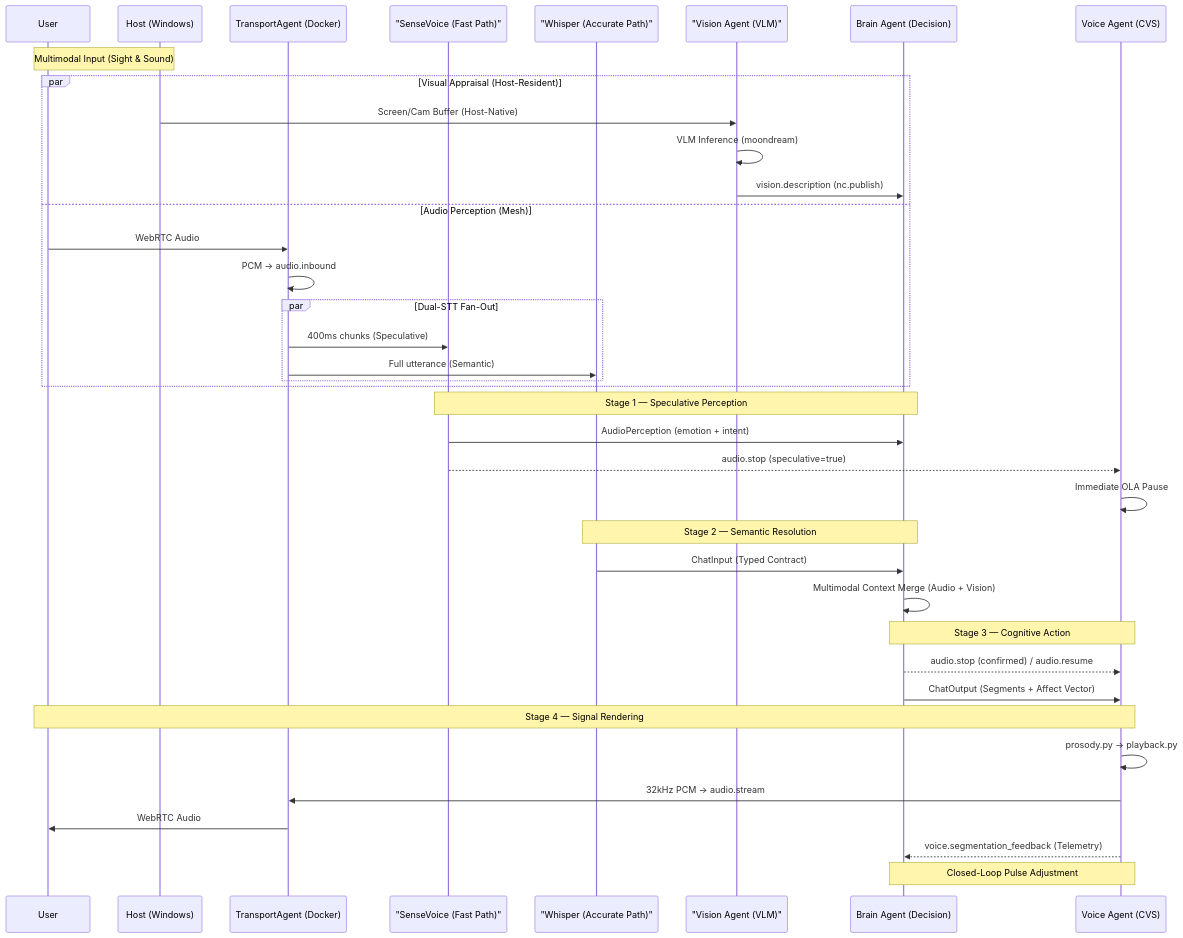
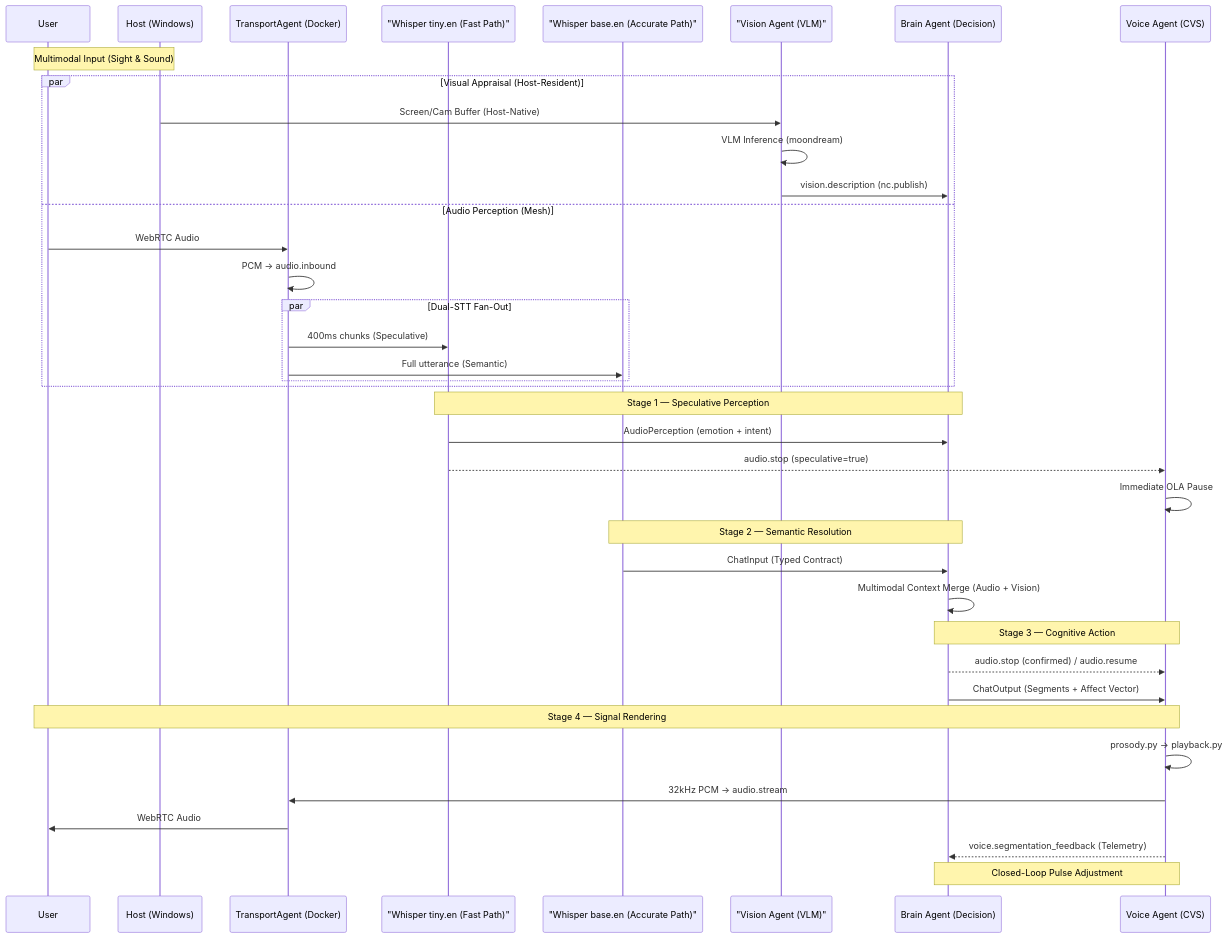
Before and after one commit to Aniket-a14/AI_friend: the second of 2 diagrams in README.md, drawn with Mermaid. The commit also changed other lines of this file and 8 other files, not shown here.

````diff
--- a/README.md
+++ b/README.md
@@ -151,45 +154,45 @@
 ```mermaid
 sequenceDiagram
     participant U as User
     participant H as Host (Windows)
     participant T as TransportAgent (Docker)
-    participant SV as "SenseVoice (Fast Path)"
-    participant W as "Whisper (Accurate Path)"
+    participant SV as "Whisper tiny.en (Fast Path)"
+    participant W as "Whisper base.en (Accurate Path)"
     participant VA as "Vision Agent (VLM)"
     participant B as Brain Agent (Decision)
     participant V as Voice Agent (CVS)
 
     Note over U, H: Multimodal Input (Sight & Sound)
     par Visual Appraisal (Host-Resident)
         H->>VA: Screen/Cam Buffer (Host-Native)
         VA->>VA: VLM Inference (moondream)
         VA->>B: vision.description (nc.publish)
     and Audio Perception (Mesh)
         U->>T: WebRTC Audio
         T->>T: PCM → audio.inbound
         par Dual-STT Fan-Out
             T->>SV: 400ms chunks (Speculative)
             T->>W: Full utterance (Semantic)
         end
     end
 
     Note over SV, B: Stage 1 — Speculative Perception
     SV->>B: AudioPerception (emotion + intent)
     SV-->>V: audio.stop (speculative=true)
     V->>V: Immediate OLA Pause
 
     Note over W, B: Stage 2 — Semantic Resolution
     W->>B: ChatInput (Typed Contract)
     B->>B: Multimodal Context Merge (Audio + Vision)
 
     Note over B, V: Stage 3 — Cognitive Action
     B-->>V: audio.stop (confirmed) / audio.resume
     B->>V: ChatOutput (Segments + Affect Vector)
 
     Note over V, U: Stage 4 — Signal Rendering
     V->>V: prosody.py → playback.py
     V->>T: 32kHz PCM → audio.stream
     T->>U: WebRTC Audio
     V-->>B: voice.segmentation_feedback (Telemetry)
     Note over B,V: Closed-Loop Pulse Adjustment
 ```
````
